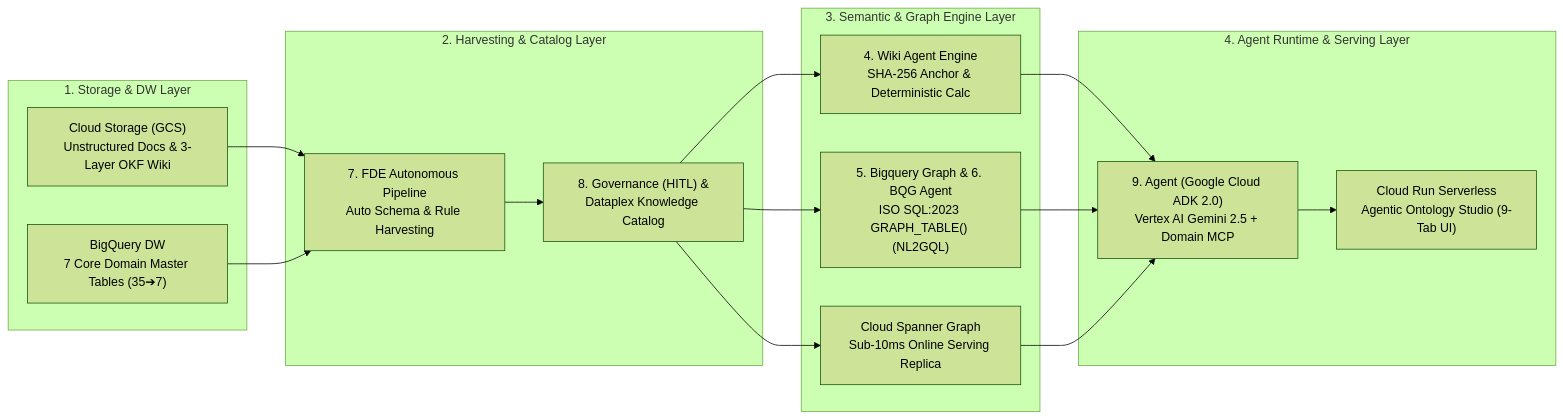
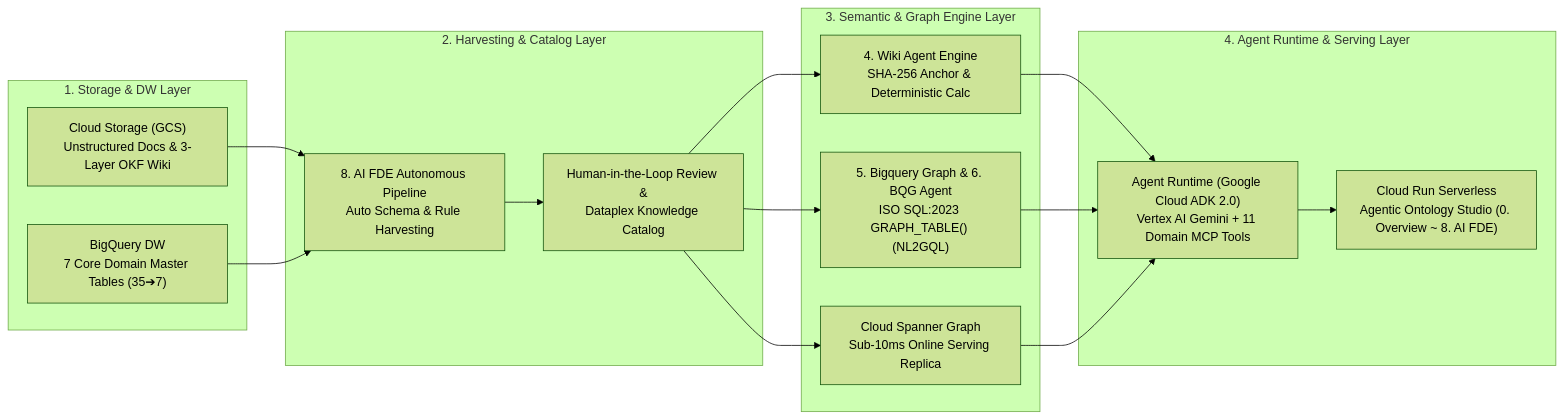
The first of 7 diagrams in methodology/METHODOLOGY_EN.md (seanjungG/agentic-ontology-starter), drawn with Mermaid (forest theme) before and after one commit. The commit also changed other lines of this file and 20 other files, not shown here.

````diff
--- a/methodology/METHODOLOGY_EN.md
+++ b/methodology/METHODOLOGY_EN.md
@@ -47,27 +51,27 @@
 ```mermaid
 flowchart LR
     subgraph T1 ["1. Storage & DW Layer"]
         GCS["Cloud Storage (GCS)<br/>Unstructured Docs & 3-Layer OKF Wiki"]
         BQ["BigQuery DW<br/>7 Core Domain Master Tables (35➔7)"]
     end
 
     subgraph T2 ["2. Harvesting & Catalog Layer"]
-        FDE["7. FDE Autonomous Pipeline<br/>Auto Schema & Rule Harvesting"]
-        GOV["8. Governance (HITL) &<br/>Dataplex Knowledge Catalog"]
+        FDE["8. AI FDE Autonomous Pipeline<br/>Auto Schema & Rule Harvesting"]
+        GOV["Human-in-the-Loop Review &<br/>Dataplex Knowledge Catalog"]
     end
 
     subgraph T3 ["3. Semantic & Graph Engine Layer"]
         WIKI["4. Wiki Agent Engine<br/>SHA-256 Anchor & Deterministic Calc"]
         BQG["5. Bigquery Graph & 6. BQG Agent<br/>ISO SQL:2023 GRAPH_TABLE() (NL2GQL)"]
         SPN["Cloud Spanner Graph<br/>Sub-10ms Online Serving Replica"]
     end
 
     subgraph T4 ["4. Agent Runtime & Serving Layer"]
-        ADK["9. Agent (Google Cloud ADK 2.0)<br/>Vertex AI Gemini 2.5 + Domain MCP"]
-        RUN["Cloud Run Serverless<br/>Agentic Ontology Studio (9-Tab UI)"]
+        ADK["Agent Runtime (Google Cloud ADK 2.0)<br/>Vertex AI Gemini + 11 Domain MCP Tools"]
+        RUN["Cloud Run Serverless<br/>Agentic Ontology Studio (0. Overview ~ 8. AI FDE)"]
     end
 
     GCS & BQ --> FDE --> GOV
     GOV --> WIKI & BQG & SPN
     WIKI & BQG & SPN --> ADK --> RUN
 ```
````
